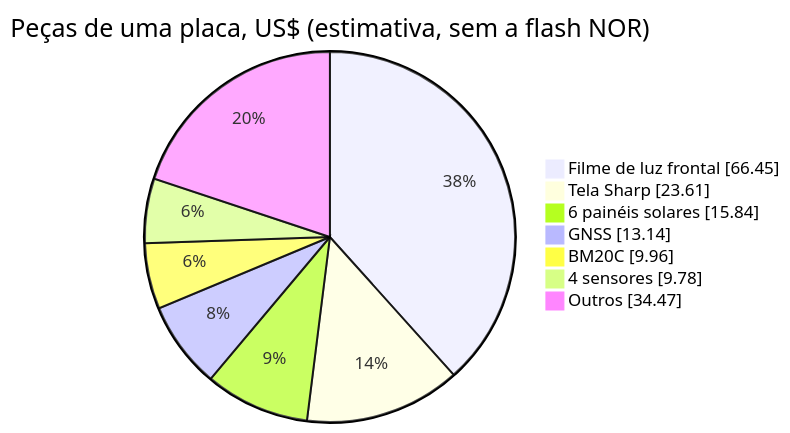
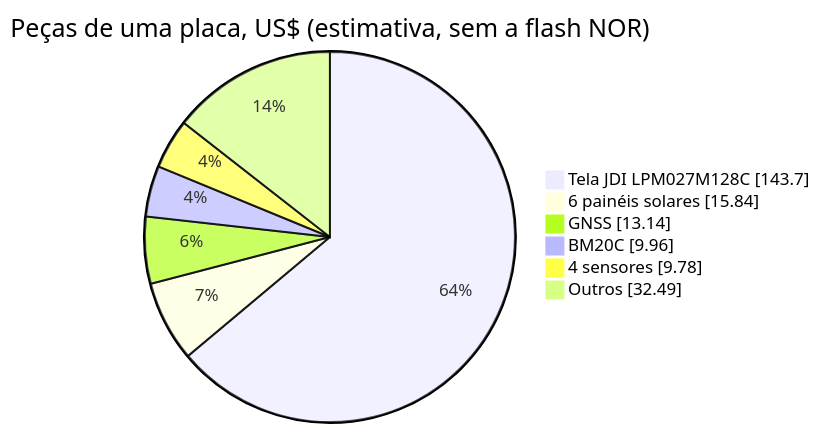
Before and after one commit to Guiimartinho/gnss-bike-computer: the second of 2 diagrams in docs/19-lista-de-compras.md, drawn with Mermaid. The commit also changed other lines of this file and 17 other files, not shown here.

````diff
--- a/docs/19-lista-de-compras.md
+++ b/docs/19-lista-de-compras.md
@@ -237,11 +260,10 @@
 ```mermaid
 pie showData
     title Peças de uma placa, US$ (estimativa, sem a flash NOR)
-    "Filme de luz frontal" : 66.45
-    "Tela Sharp" : 23.61
+    "Tela JDI LPM027M128C" : 143.70
     "6 painéis solares" : 15.84
     "GNSS" : 13.14
     "BM20C" : 9.96
     "4 sensores" : 9.78
-    "Outros" : 34.47
+    "Outros" : 32.49
 ```
````
